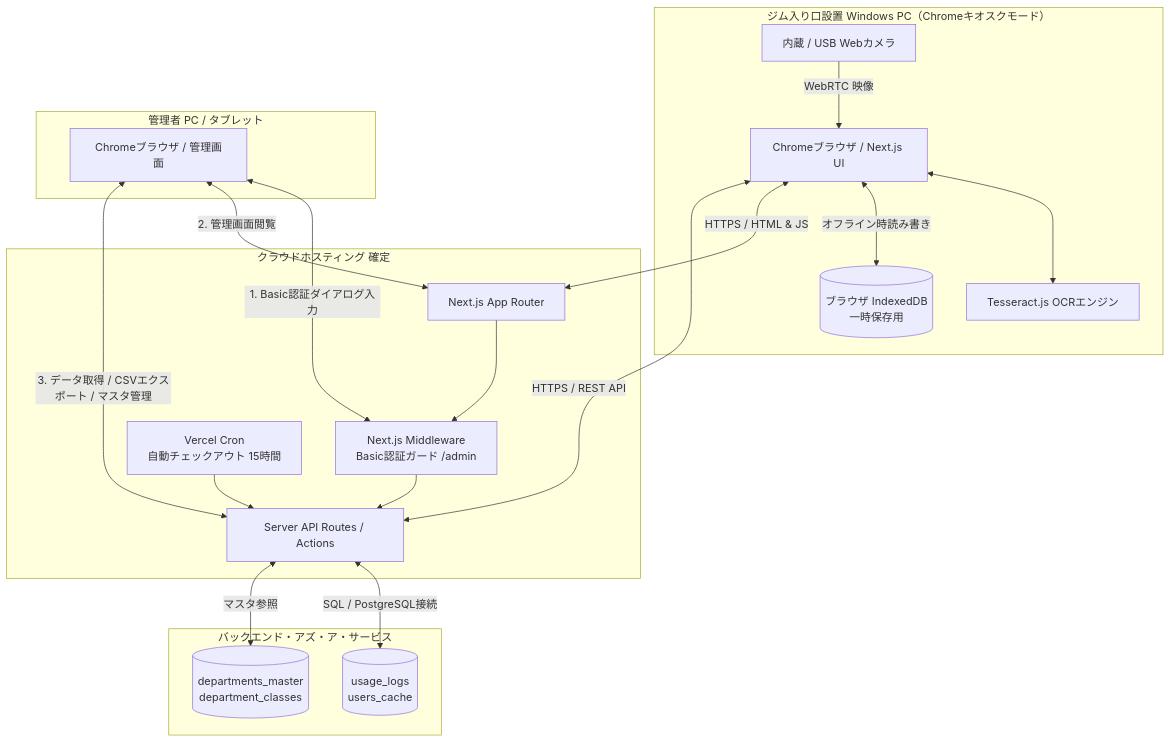
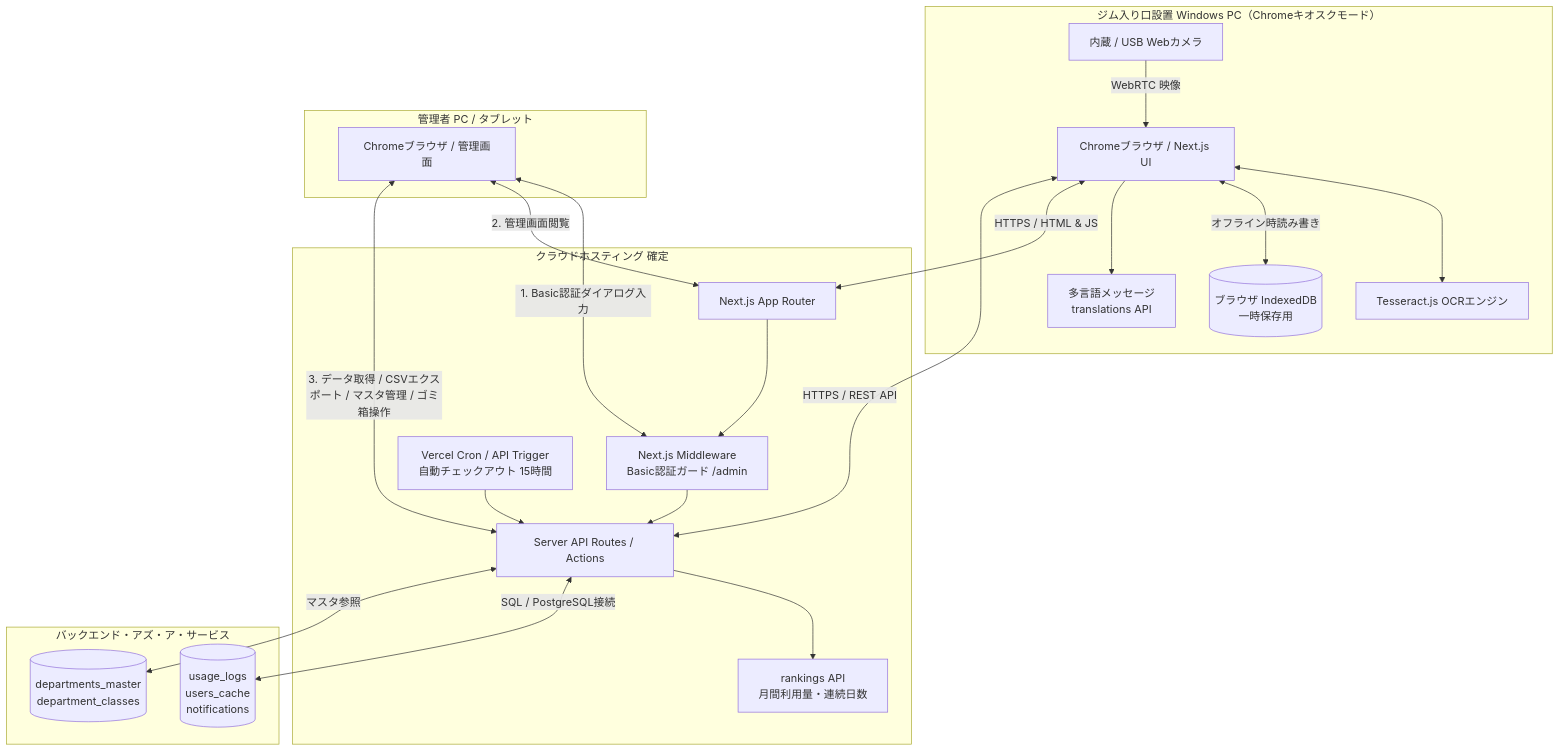
The diagram in doc/システム構成図.md (tachiyu1931-code/gym-reservation), drawn with Mermaid before and after one commit. The commit also changed other lines of this file and 14 other files, not shown here.

````diff
--- a/doc/システム構成図.md
+++ b/doc/システム構成図.md
@@ -17,44 +17,48 @@
 ```mermaid
 graph TB
     subgraph クライアント端末 [ジム入り口設置 Windows PC（Chromeキオスクモード）]
         Cam[内蔵 / USB Webカメラ]
         UI[Chromeブラウザ / Next.js UI]
         LocalStore[(ブラウザ IndexedDB<br/>一時保存用)]
         OCR[Tesseract.js OCRエンジン]
+        Locale[多言語メッセージ<br/>translations API]
 
         Cam -->|WebRTC 映像| UI
         UI <--> OCR
         UI <-->|オフライン時読み書き| LocalStore
+        UI --> Locale
     end
 
     subgraph Vercel [クラウドホスティング 確定]
         NextApp[Next.js App Router]
         Middleware[Next.js Middleware<br/>Basic認証ガード /admin]
         APIRoute[Server API Routes / Actions]
-        CronJob[Vercel Cron<br/>自動チェックアウト 15時間]
+        CronJob[Vercel Cron / API Trigger<br/>自動チェックアウト 15時間]
+        RankingAPI[rankings API<br/>月間利用量・連続日数]
 
         NextApp --> Middleware
         Middleware --> APIRoute
         CronJob --> APIRoute
+        APIRoute --> RankingAPI
     end
 
     subgraph Supabase [バックエンド・アズ・ア・サービス]
-        DB[(usage_logs<br/>users_cache)]
+        DB[(usage_logs<br/>users_cache<br/>notifications)]
         Master[(departments_master<br/>department_classes)]
     end
 
     subgraph 管理者端末 [管理者 PC / タブレット]
         AdminUI[Chromeブラウザ / 管理画面]
     end
 
     %% 通信経路
     UI <-->|HTTPS / HTML & JS| NextApp
     UI <-->|HTTPS / REST API| APIRoute
     APIRoute <-->|SQL / PostgreSQL接続| DB
     APIRoute <-->|マスタ参照| Master
 
     %% 管理者フロー
     AdminUI <-->|1. Basic認証ダイアログ入力| Middleware
     AdminUI <-->|2. 管理画面閲覧| NextApp
-    AdminUI <-->|3. データ取得 / CSVエクスポート / マスタ管理| APIRoute
+    AdminUI <-->|3. データ取得 / CSVエクスポート / マスタ管理 / ゴミ箱操作| APIRoute
 ```
````
